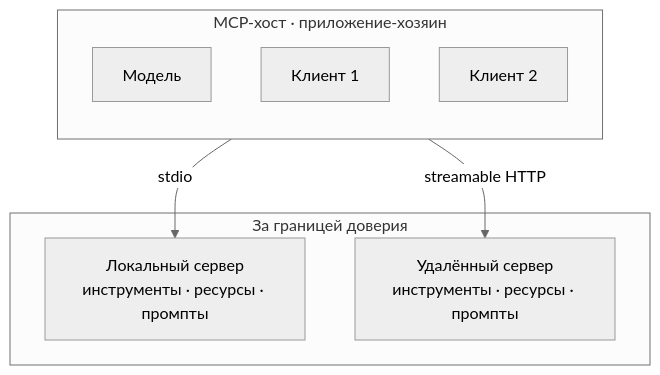
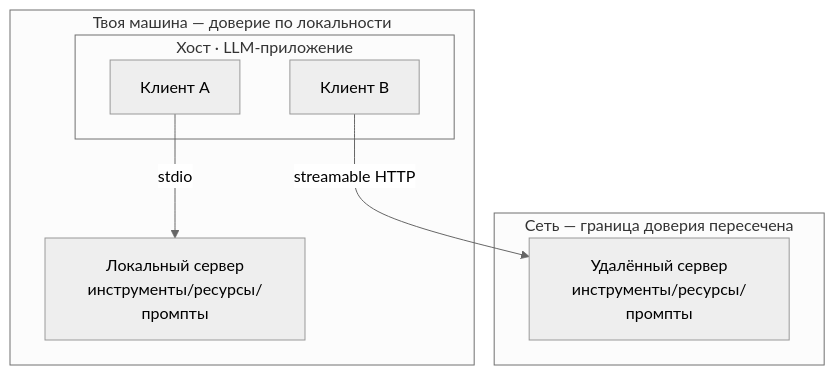
One commit to NikolaiSachok/ai-engineering-handbook changed the first of 2 diagrams in i18n/ru/docusaurus-plugin-content-docs/current/part-2-agents/mcp/deep-dive.md. Above: the diagram before and after it, drawn with Mermaid (neutral theme). The commit also changed other lines of this file and 21 other files, not shown here.

First line of the commit message:
fix(i18n): reconcile 28 drifted diagrams and make the parity gate read inside a fence (#453)

````diff
--- a/i18n/ru/docusaurus-plugin-content-docs/current/part-2-agents/mcp/deep-dive.md
+++ b/i18n/ru/docusaurus-plugin-content-docs/current/part-2-agents/mcp/deep-dive.md
@@ -76,15 +76,15 @@
 ```mermaid
 flowchart TB
-    subgraph Host["MCP-хост · приложение-хозяин"]
-        direction TB
-        Model["Модель"]
-        Cl1["Клиент 1"]
-        Cl2["Клиент 2"]
+    subgraph Trusted["Твоя машина — доверие по локальности"]
+        subgraph Host["Хост · LLM-приложение"]
+            CA["Клиент A"]
+            CB["Клиент B"]
+        end
+        SL["Локальный сервер<br/>инструменты/ресурсы/промпты"]
+        CA -->|"stdio"| SL
     end
-    subgraph Zone["За границей доверия"]
-        Srv1["Локальный сервер<br/>инструменты · ресурсы · промпты"]
-        Srv2["Удалённый сервер<br/>инструменты · ресурсы · промпты"]
+    subgraph Untrusted["Сеть — граница доверия пересечена"]
+        SR["Удалённый сервер<br/>инструменты/ресурсы/промпты"]
     end
-    Cl1 -- "stdio" --> Srv1
-    Cl2 -- "streamable HTTP" --> Srv2
+    CB -->|"streamable HTTP"| SR
 ```
````
